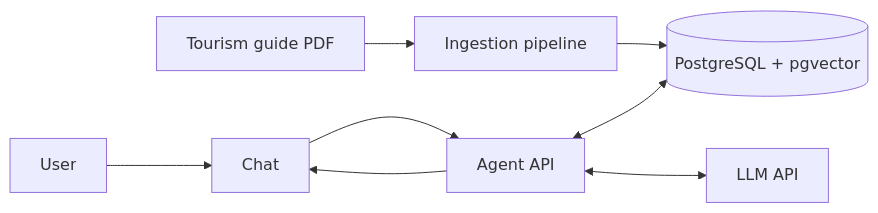
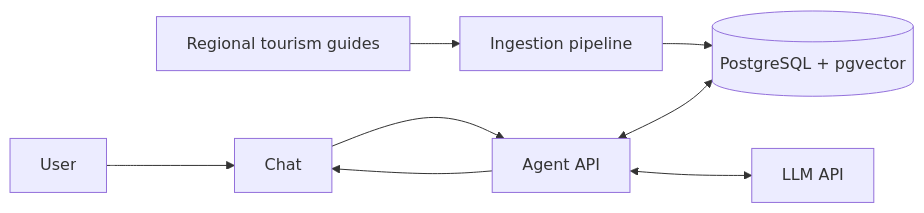
Before and after one commit to QuentinElGuay/portfolio-ai-tour-guide: the diagram in README.md, drawn with Mermaid. The commit also changed other lines of this file and 51 other files, not shown here.

````diff
--- a/README.md
+++ b/README.md
@@ -59,10 +56,10 @@
 ```mermaid
 flowchart LR
-    PDF[Tourism guide PDF] --> Ingestion[Ingestion pipeline]
+    PDF[Regional tourism guides] --> Ingestion[Ingestion pipeline]
     Ingestion --> KB[(PostgreSQL + pgvector)]
     User --> Chat[Chat]
     Chat --> Agent[Agent API]
     Agent <--> KB
     Agent <--> LLM[LLM API]
     Agent --> Chat
 ```
````
